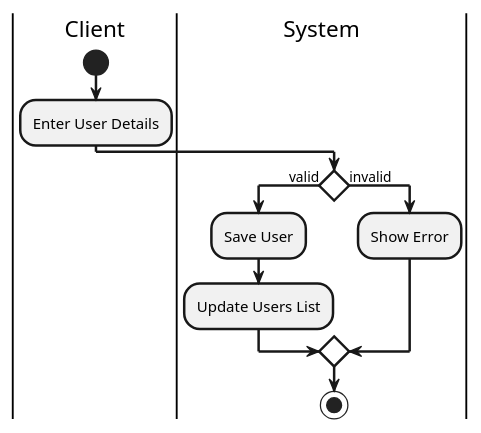
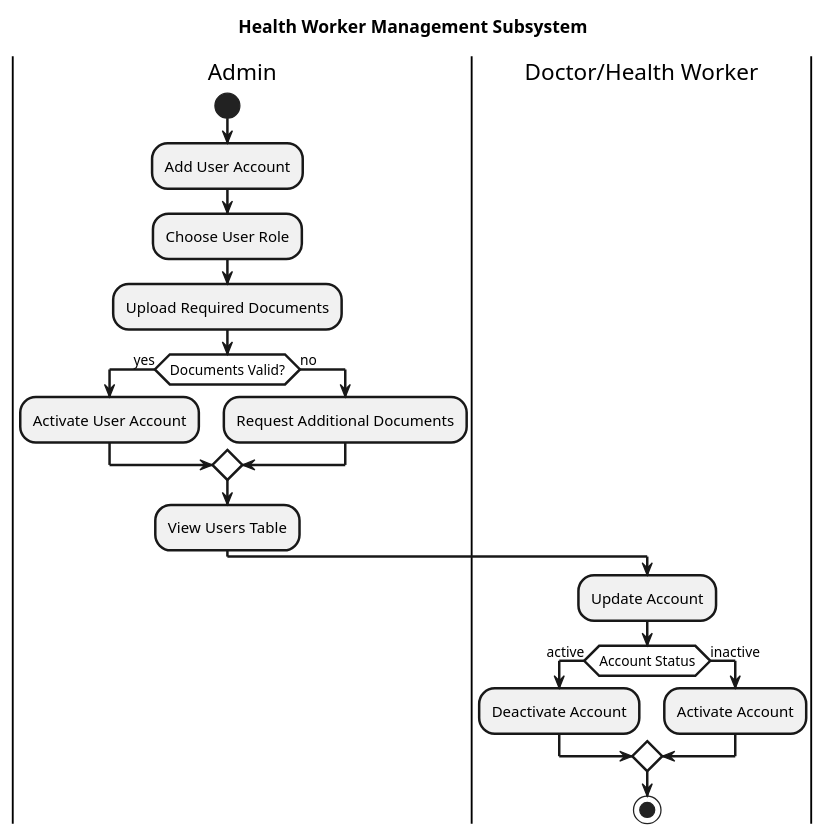
Before and after one commit to KuroKage-001/Mamatid_MedClinic: the diagram in dist/02 - diagrams/Activity_Diagrams/user_management_activity.puml, drawn with PlantUML. The commit also changed 5 other files, not shown here.

```diff
--- a/dist/02 - diagrams/Activity_Diagrams/user_management_activity.puml
+++ b/dist/02 - diagrams/Activity_Diagrams/user_management_activity.puml
@@ -1,22 +1,30 @@
 @startuml
+title Health Worker Management Subsystem
 skinparam defaultTextAlignment center
 skinparam ArrowThickness 2
 skinparam ActivityBorderThickness 2
 skinparam ActivityDiamondBackgroundColor white
 skinparam ActivityDiamondBorderThickness 2
 
-|Client|
+|Admin|
 start
-:Enter User Details;
+:Add User Account;
+:Choose User Role;
+:Upload Required Documents;
+if (Documents Valid?) then (yes)
+  :Activate User Account;
+else (no)
+  :Request Additional Documents;
+endif
+:View Users Table;
 
-|System|
-if () then (valid)
-  :Save User;
-  :Update Users List;
-else (invalid)
-  :Show Error;
+|Doctor/Health Worker|
+:Update Account;
+if (Account Status) then (active)
+  :Deactivate Account;
+else (inactive)
+  :Activate Account;
 endif
-
 stop
 
 @enduml
```
